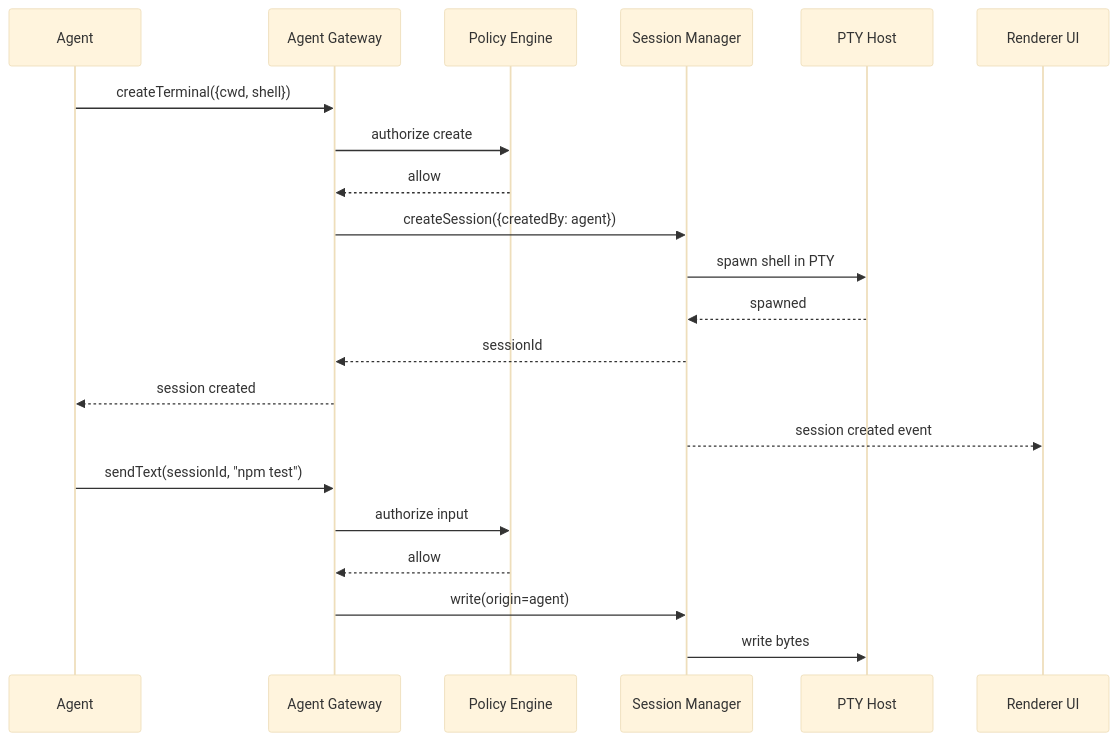
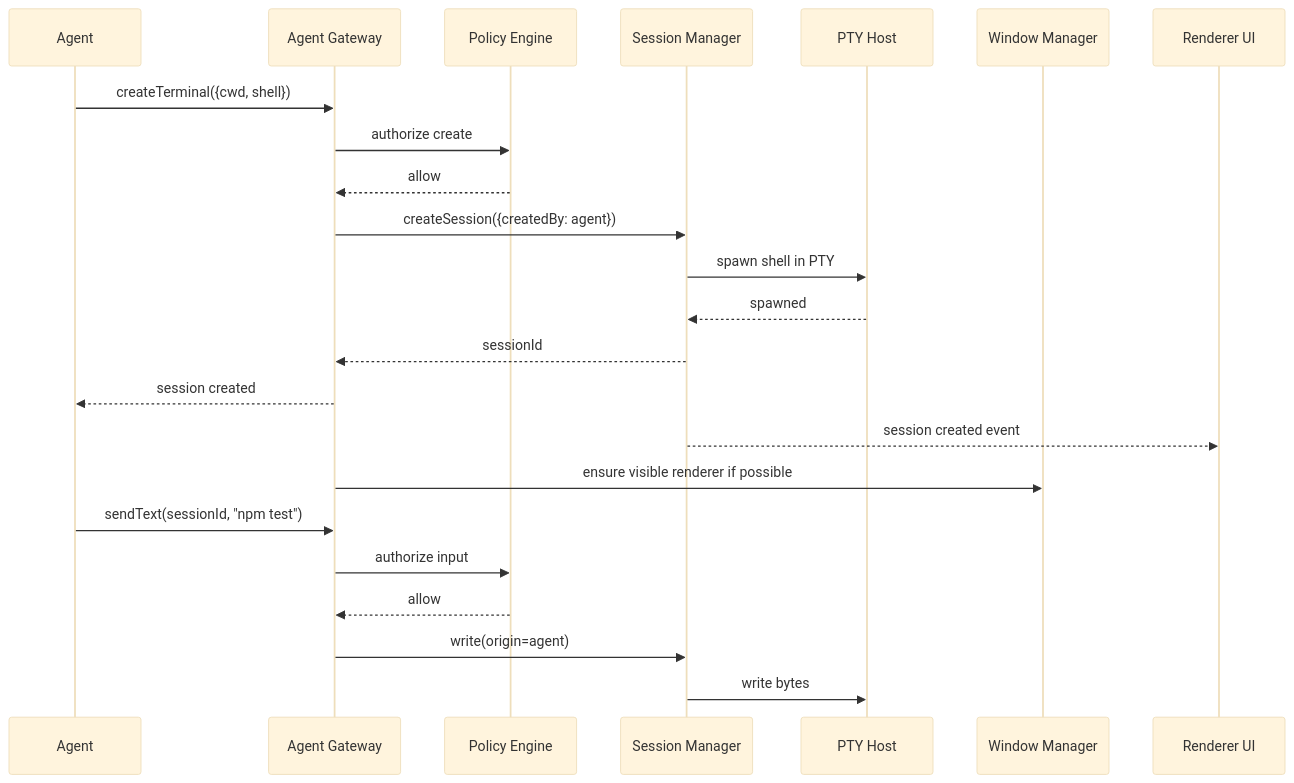
Before and after one commit to procontexthq/procontext-terminal: the seventh of 10 diagrams in docs/specs/terminal-architecture.md, drawn with Mermaid (base theme). The commit also changed other lines of this file and 38 other files, not shown here.

````diff
--- a/docs/specs/terminal-architecture.md
+++ b/docs/specs/terminal-architecture.md
@@ -283,24 +288,26 @@
 ```mermaid
 sequenceDiagram
   participant Agent
   participant Gateway as Agent Gateway
   participant Policy as Policy Engine
   participant Session as Session Manager
   participant Pty as PTY Host
+  participant Window as Window Manager
   participant Renderer as Renderer UI
 
   Agent->>Gateway: createTerminal({cwd, shell})
   Gateway->>Policy: authorize create
   Policy-->>Gateway: allow
   Gateway->>Session: createSession({createdBy: agent})
   Session->>Pty: spawn shell in PTY
   Pty-->>Session: spawned
   Session-->>Gateway: sessionId
   Gateway-->>Agent: session created
   Session-->>Renderer: session created event
+  Gateway->>Window: ensure visible renderer if possible
   Agent->>Gateway: sendText(sessionId, "npm test")
   Gateway->>Policy: authorize input
   Policy-->>Gateway: allow
   Gateway->>Session: write(origin=agent)
   Session->>Pty: write bytes
 ```
````
